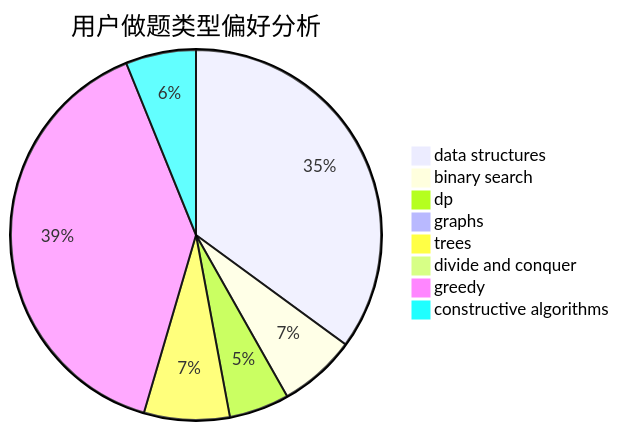
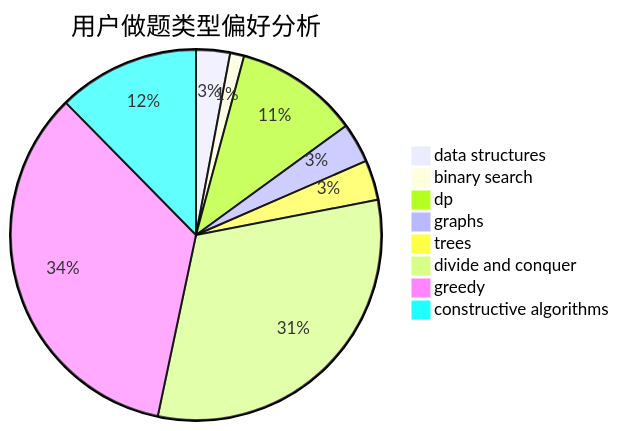
Before and after one commit to sherpahu/cfrs.github.io: the second of 3 diagrams in docs/user/u632.md, drawn with Mermaid. The commit also changed other lines of this file and 2770 other files, not shown here.

````diff
--- a/docs/user/u632.md
+++ b/docs/user/u632.md
@@ -23,11 +23,11 @@
 ```mermaid
 pie title 用户做题类型偏好分析
-    "data structures" :  394
-    "binary search" :  76
-    "dp" :  59
-    "graphs" :  11
-    "trees" :  84
-    "divide and conquer" :  5
-    "greedy" :  442
-    "constructive algorithms" :  69
+    "data structures" :  17
+    "binary search" :  7
+    "dp" :  62
+    "graphs" :  20
+    "trees" :  20
+    "divide and conquer" :  180
+    "greedy" :  197
+    "constructive algorithms" :  71
 ```
````
